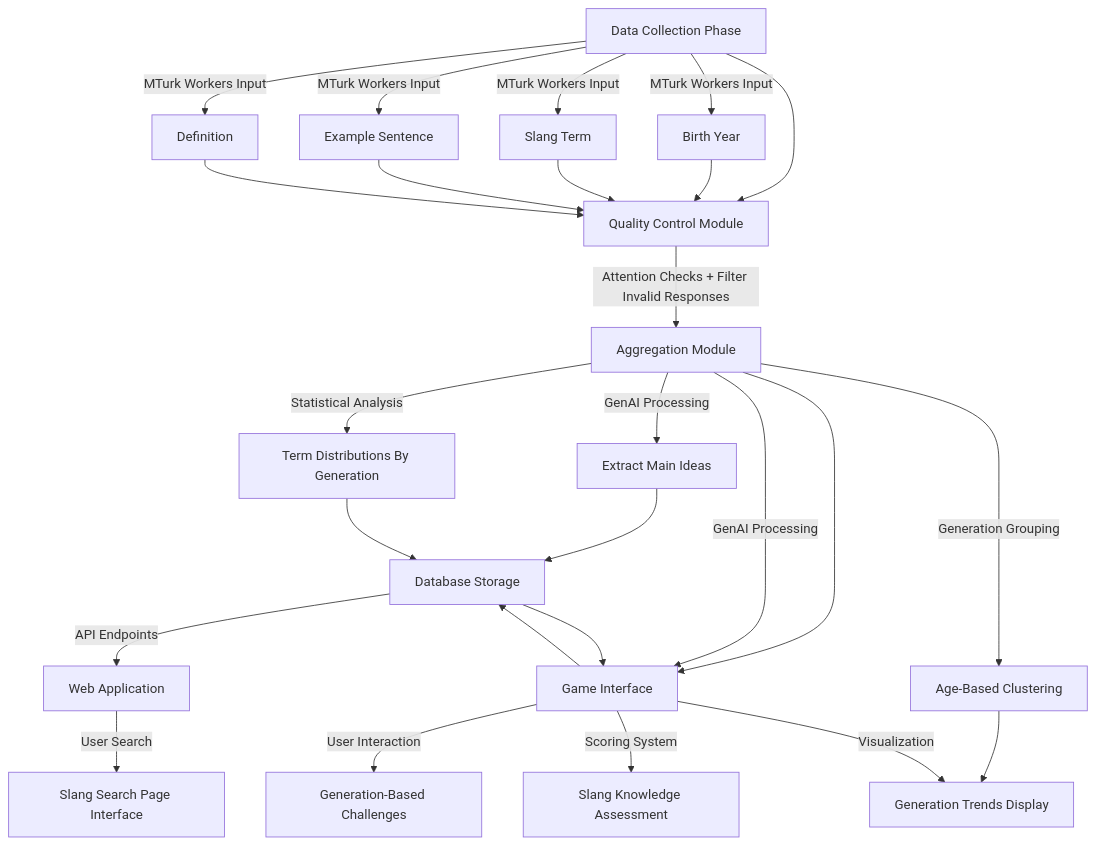
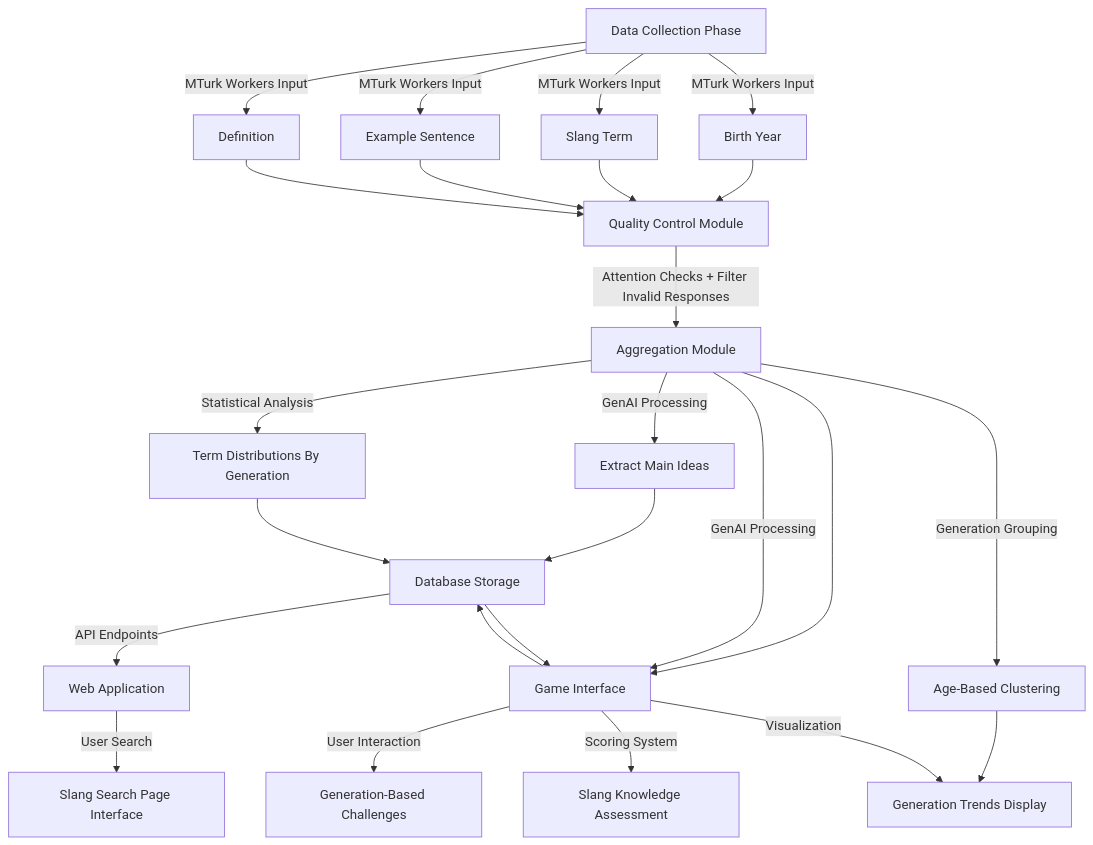
Before and after one commit to qareeb19/nets-2130: the diagram in flowchat2.md, drawn with Mermaid.

````diff
--- a/flowchat2.md
+++ b/flowchat2.md
@@ -1,35 +1,34 @@
 ```mermaid
 flowchart TD
-    A[Data Collection Phase] --> B[Quality Control Module]
-    A --> |MTurk Workers Input| A1[Birth Year]
+    A[Data Collection Phase] --> |MTurk Workers Input| A1[Birth Year]
     A --> |MTurk Workers Input| A2[Slang Term]
     A --> |MTurk Workers Input| A3[Example Sentence]
     A --> |MTurk Workers Input| A4[Definition]
 
-    A1 --> B
+    A1 --> B[Quality Control Module]
     A2 --> B
     A3 --> B
     A4 --> B
 
     B --> |Attention Checks + Filter Invalid Responses| C[Aggregation Module]
 
     C --> |GenAI Processing| C1[Extract Main Ideas]
     C --> |Statistical Analysis| C2[Term Distributions By Generation]
     C --> |Generation Grouping| C3[Age-Based Clustering]
 
     C1 --> E
     C2 --> E
     C3 --> D3
 
 
     C --> D[Game Interface]
     C --> |GenAI Processing| D
     D --> |User Interaction| D1[Generation-Based Challenges]
     D --> |Scoring System| D2[Slang Knowledge Assessment]
     D --> |Visualization| D3[Generation Trends Display]
 
     D --> E[Database Storage]
     E --> D
     E --> |API Endpoints| F[Web Application]
     F --> |User Search| G[Slang Search Page Interface]
 ```
````
